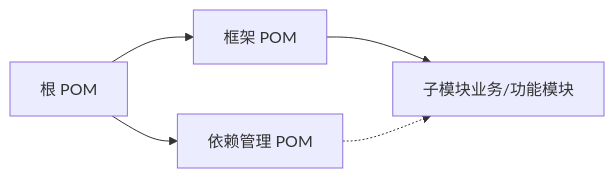
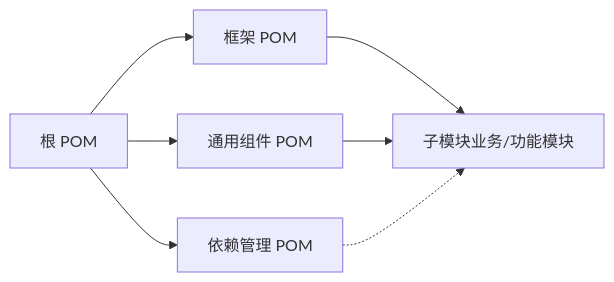
One commit to guanglei93/pandora-cloud changed the fifth of 6 diagrams in .qoder/repowiki/zh/content/架构设计/模块化设计模式.md. Above: the diagram before and after it, drawn with Mermaid. The commit also changed other lines of this file and 5 other files, not shown here.

````diff
--- a/.qoder/repowiki/zh/content/架构设计/模块化设计模式.md
+++ b/.qoder/repowiki/zh/content/架构设计/模块化设计模式.md
@@ -219,7 +268,9 @@
 ```mermaid
 graph LR
 Root["根 POM"] --> Deps["依赖管理 POM"]
 Root --> Framework["框架 POM"]
+Root --> Common["通用组件 POM"]
 Framework --> ChildModules["子模块业务/功能模块"]
+Common --> ChildModules
 Deps -.-> ChildModules
 ```
````
